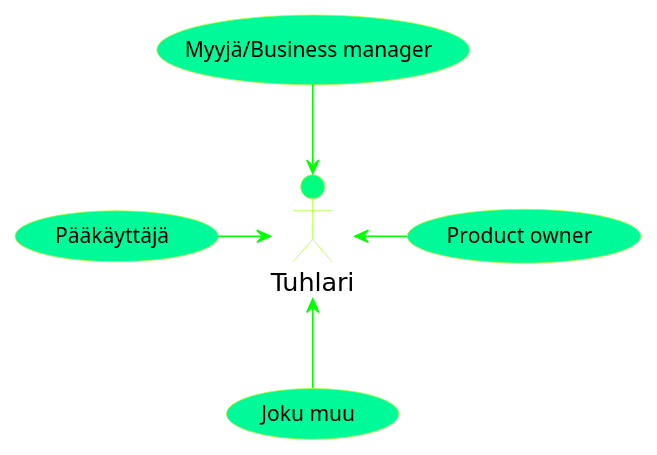
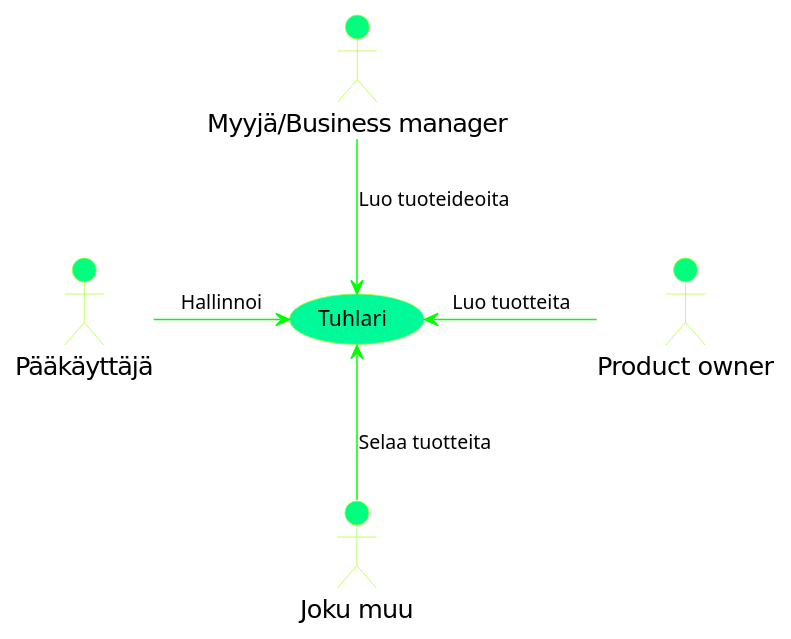
The first of 7 diagrams in dokumentit/02-vaatimusmaarittely/vaatimusmaarittely.md (martimik/TuHlaRi-core), drawn with PlantUML before and after one commit.

````diff
--- a/dokumentit/02-vaatimusmaarittely/vaatimusmaarittely.md
+++ b/dokumentit/02-vaatimusmaarittely/vaatimusmaarittely.md
@@ -62,25 +62,25 @@
 ```plantuml
 skinparam sequence {
 	ArrowColor GreenYellow
 	ActorBorderColor GreenYellow
 	ActorBackgroundColor SpringGreen
 	ActorFontColor Black
 	ActorFontSize 17
 	ActorFontName Aapex
 }
 
 skinparam usecase {
 	BackgroundColor MediumSpringGreen
 	BorderColor GreenYellow
 
 	ArrowColor Lime
 	ActorBorderColor black
 	ActorFontName Courier
 }
 
-(Pääkäyttäjä)-right->Tuhlari
-(Product owner)-left->Tuhlari
-(Myyjä/Business manager)-->Tuhlari
-(Joku muu)-up->Tuhlari
+:Pääkäyttäjä:-right-->(Tuhlari) : Hallinnoi
+:Product owner:-left-->(Tuhlari) : Luo tuotteita
+:Myyjä/Business manager:-->(Tuhlari) : Luo tuoteideoita
+:Joku muu:-up->(Tuhlari) : Selaa tuotteita
 
 ```
````
